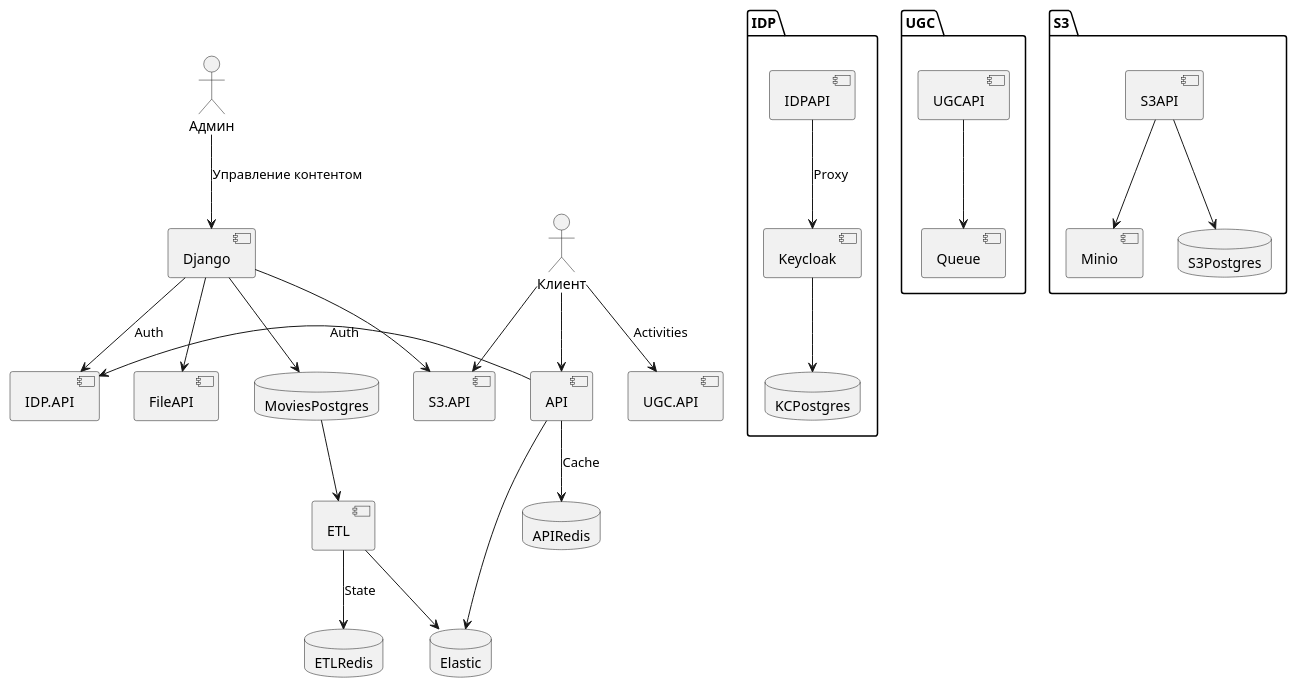
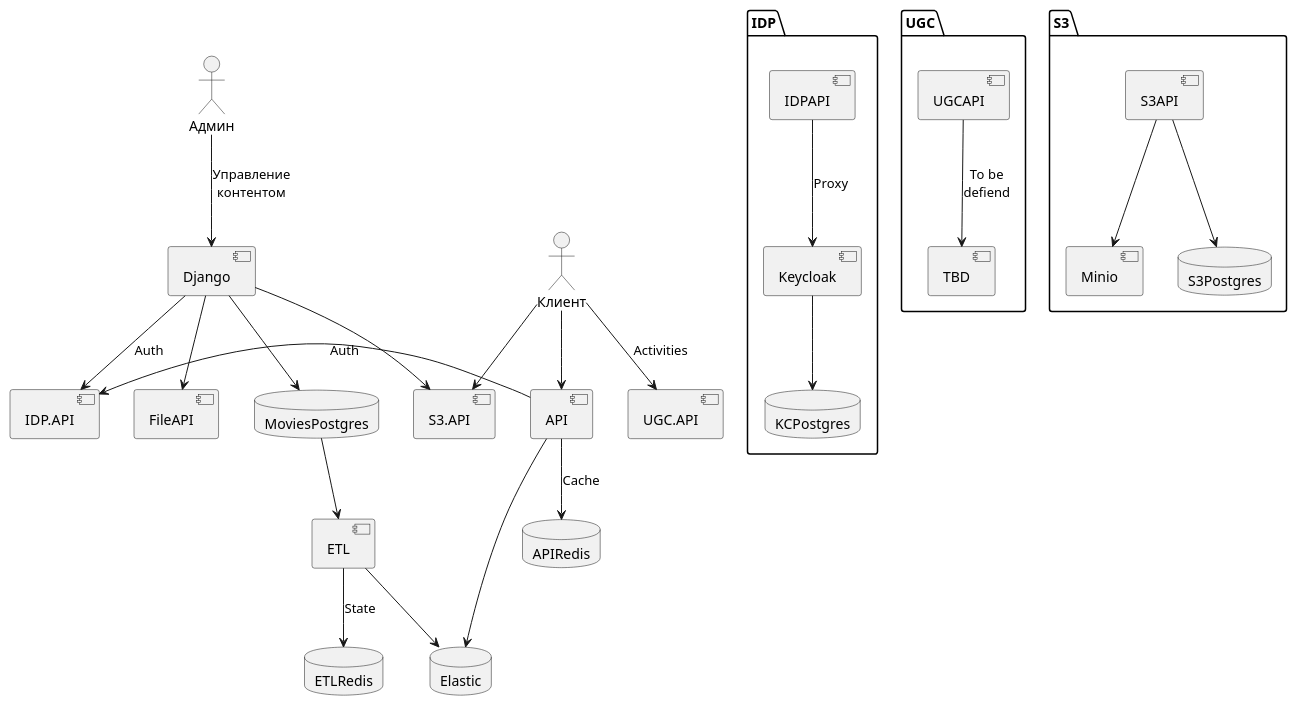
The diagram in docs/diagrams/src/diagram.plantuml (oruchkin/Async_API_sprint_3), drawn with PlantUML before and after one commit. The commit also changed 1 other file, not shown here.

Commit message:
Slightly adjust diagram

```diff
--- a/docs/diagrams/src/diagram.plantuml
+++ b/docs/diagrams/src/diagram.plantuml
@@ -1,60 +1,60 @@
 @startuml diagram
 skinparam componentStyle uml2
 package IDP {
     component IDPAPI
     component Keycloak
     database KCPostgres
     
     IDPAPI --> Keycloak: Proxy
     Keycloak --> KCPostgres
 }
 
 package UGC {
     component UGCAPI
-    component Queue
+    component TBD
 
-    UGCAPI --> Queue
+    UGCAPI --> TBD: To be\ndefiend
 }
 
 package S3 {
     component S3API
     component Minio
     database S3Postgres
 
     S3API --> Minio
     S3API --> S3Postgres
 }
 
 actor Админ as Admin
 actor Клиент as Client
 component API
 component Django
 component IDP.API
 component ETL
 component FileAPI
 component S3.API
 component UGC.API
 database KCPostgres
 database MoviesPostgres
 database Elastic
 database ETLRedis
 database APIRedis
 
-Admin --> Django: Управление контентом
+Admin --> Django: Управление\nконтентом
 Django -> IDP.API: Auth
 Django --> MoviesPostgres
 Django --> FileAPI
 Django --> S3.API
 MoviesPostgres --> ETL
 ETL --> Elastic
 ETL --> ETLRedis: State
 
 
 Client --> API
 Client --> UGC.API: Activities
 Client --> S3.API
 API -left-> IDP.API: Auth
 API --> Elastic
 API --> APIRedis: Cache
 
 @enduml
```
